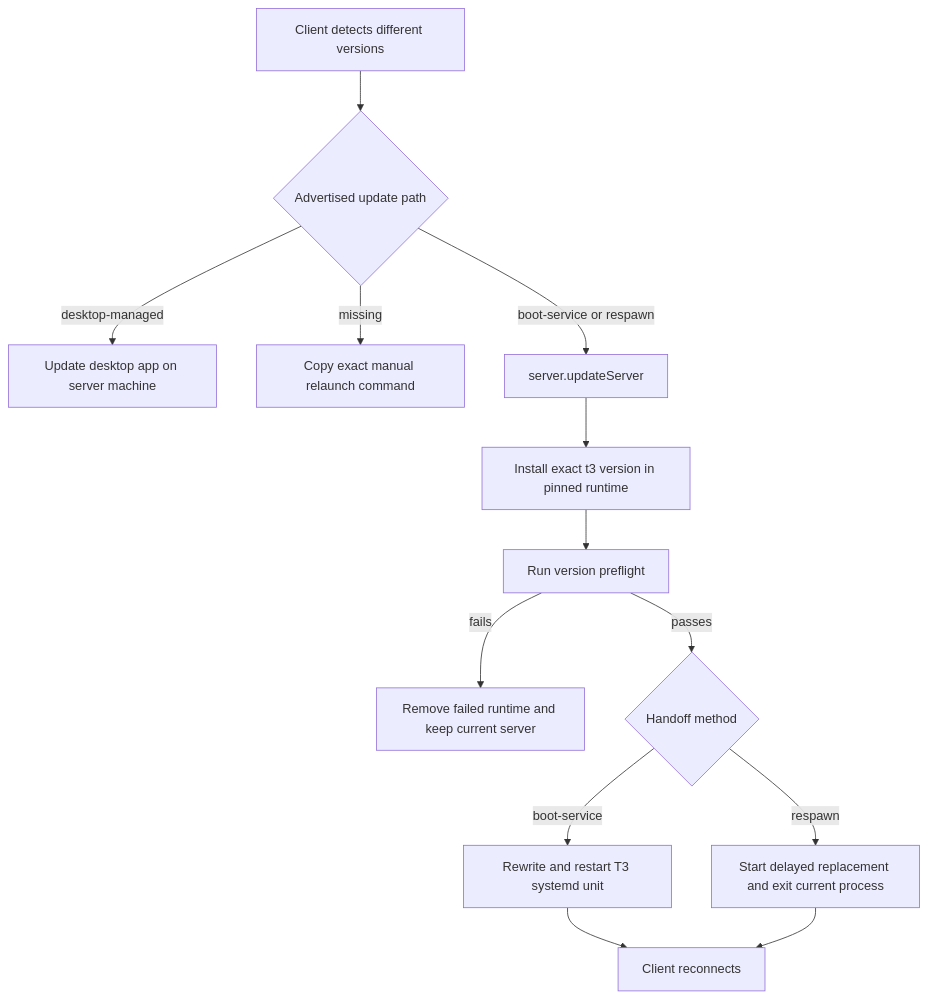
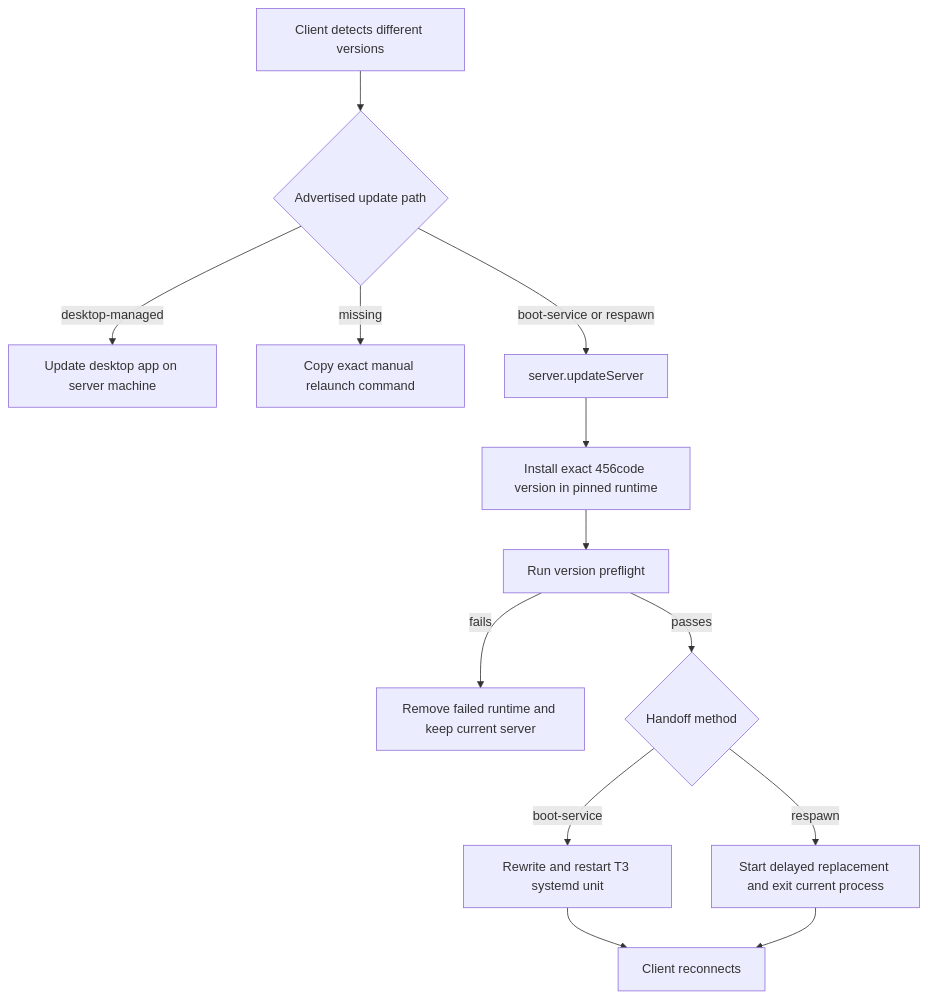
One commit to ggfincke/456code changed the diagram in docs/architecture/server-updates.md. Above: the diagram before and after it, drawn with Mermaid. The commit also changed other lines of this file and 272 other files, not shown here.

````diff
--- a/docs/architecture/server-updates.md
+++ b/docs/architecture/server-updates.md
@@ -49,15 +49,15 @@
 ```mermaid
 flowchart TD
     A[Client detects different versions] --> B{Advertised update path}
     B -->|desktop-managed| C[Update desktop app on server machine]
     B -->|missing| D[Copy exact manual relaunch command]
     B -->|boot-service or respawn| E[server.updateServer]
-    E --> F[Install exact t3 version in pinned runtime]
+    E --> F[Install exact 456code version in pinned runtime]
     F --> G[Run version preflight]
     G -->|fails| H[Remove failed runtime and keep current server]
     G -->|passes| I{Handoff method}
     I -->|boot-service| J[Rewrite and restart T3 systemd unit]
     I -->|respawn| K[Start delayed replacement and exit current process]
     J --> L[Client reconnects]
     K --> L
 ```
````
